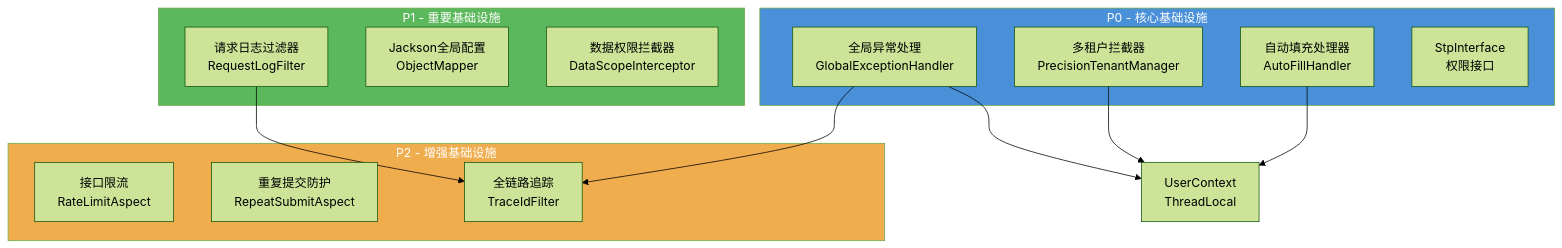
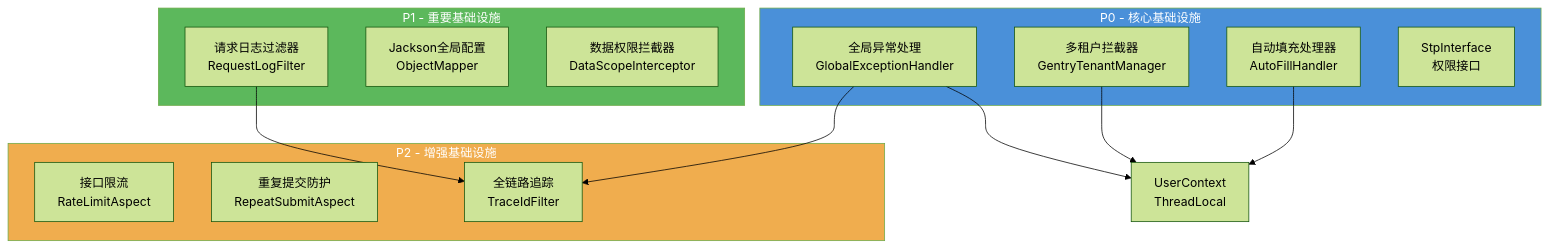
Before and after one commit to andychen93/gentry-rbac-scaffold: the diagram in doc/design/architecture/全局基础设施架构设计.md, drawn with Mermaid (forest theme). The commit also changed other lines of this file and 613 other files, not shown here.

First line of the commit message:
refactor!: 项目整体更名 precision → gentry

````diff
--- a/doc/design/architecture/全局基础设施架构设计.md
+++ b/doc/design/architecture/全局基础设施架构设计.md
@@ -160,33 +160,33 @@
 ```mermaid
 graph TB
     subgraph P0["P0 - 核心基础设施"]
         EX["全局异常处理<br/>GlobalExceptionHandler"]
-        TEN["多租户拦截器<br/>PrecisionTenantManager"]
+        TEN["多租户拦截器<br/>GentryTenantManager"]
         FILL["自动填充处理器<br/>AutoFillHandler"]
         STP["StpInterface<br/>权限接口"]
     end
 
     subgraph P1["P1 - 重要基础设施"]
         LOG["请求日志过滤器<br/>RequestLogFilter"]
         JACK["Jackson全局配置<br/>ObjectMapper"]
         DS["数据权限拦截器<br/>DataScopeInterceptor"]
     end
 
     subgraph P2["P2 - 增强基础设施"]
         RL["接口限流<br/>RateLimitAspect"]
         RS["重复提交防护<br/>RepeatSubmitAspect"]
         TRACE["全链路追踪<br/>TraceIdFilter"]
     end
 
     UC["UserContext<br/>ThreadLocal"]
 
     EX --> UC
     TEN --> UC
     FILL --> UC
     LOG --> TRACE
     EX --> TRACE
 
     style P0 fill:#4A90D9,color:#fff
     style P1 fill:#5CB85C,color:#fff
     style P2 fill:#F0AD4E,color:#fff
 ```
````
